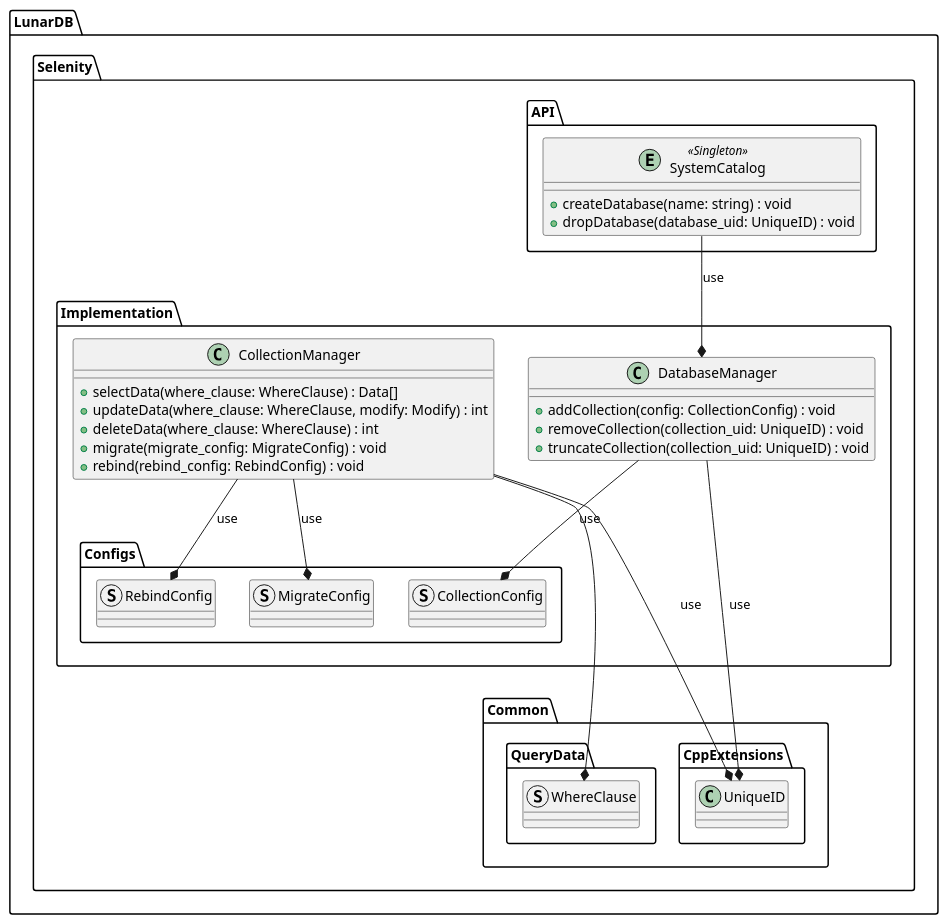
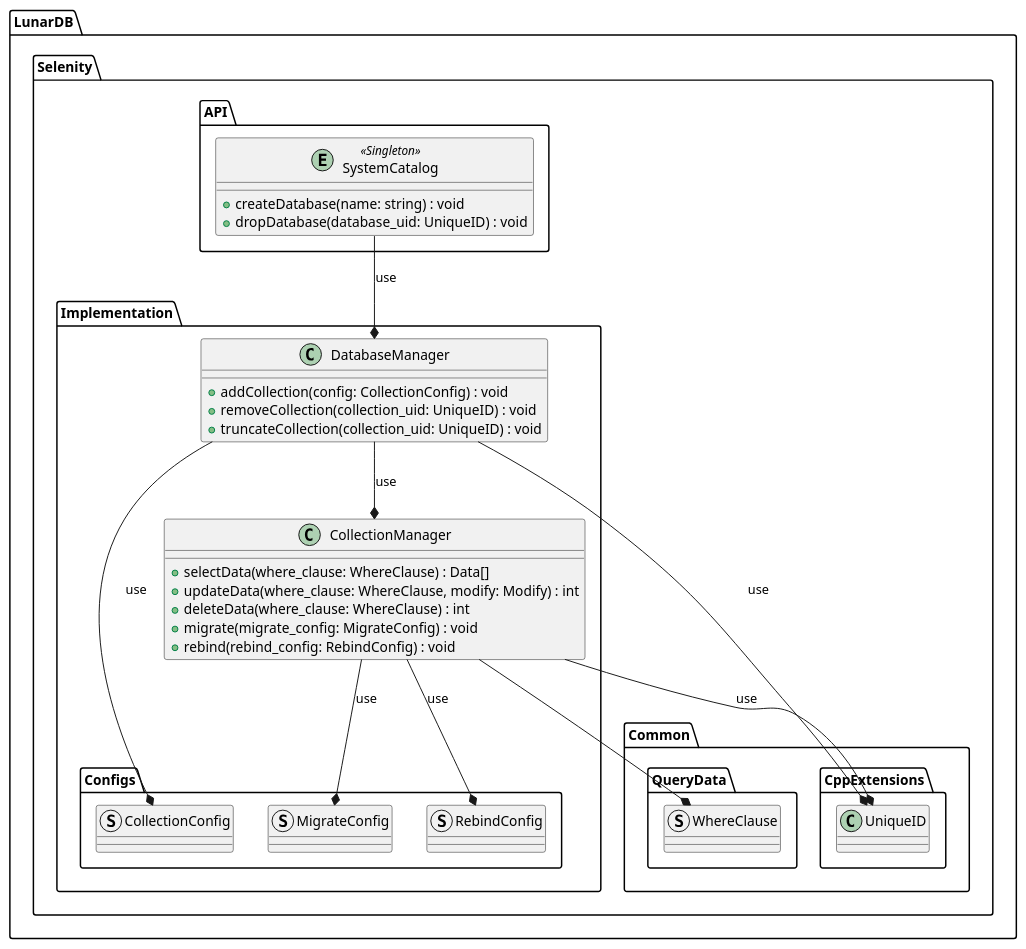
One commit to TheAncientOwl/lunardb changed the diagram in docs/Selenity/Architecture.puml. Above: the diagram before and after it, drawn with PlantUML.

Commit message:
Update Selenity Architecture diagram

```diff
--- a/docs/Selenity/Architecture.puml
+++ b/docs/Selenity/Architecture.puml
@@ -1,66 +1,67 @@
 @startuml Selenity
 
 namespace LunarDB {
 namespace Selenity {
 
 namespace Common {
 
 namespace CppExtensions {
 class UniqueID {}
 }
 
 namespace QueryData {
 struct WhereClause {}
 }
 
 }
 
 namespace Implementation {
 
 namespace Configs {
 
 struct CollectionConfig {}
 struct MigrateConfig {}
 struct RebindConfig {}
 
 }
 
 class DatabaseManager {
     + addCollection(config: CollectionConfig) : void
     + removeCollection(collection_uid: UniqueID) : void
     + truncateCollection(collection_uid: UniqueID) : void
 }
 
 class CollectionManager {
     + selectData(where_clause: WhereClause) : Data[]
     + updateData(where_clause: WhereClause, modify: Modify) : int
     + deleteData(where_clause: WhereClause) : int
     + migrate(migrate_config: MigrateConfig) : void
     + rebind(rebind_config: RebindConfig) : void
 }
 
 }
 
 namespace API {
 
 entity SystemCatalog <<Singleton>> {
     + createDatabase(name: string) : void
     + dropDatabase(database_uid: UniqueID) : void
 }
 
 }
 
 Implementation.DatabaseManager --* Implementation.Configs.CollectionConfig : use
+Implementation.DatabaseManager --* Implementation.CollectionManager : use
 Implementation.DatabaseManager ---* Common.CppExtensions.UniqueID : use
 
 Implementation.CollectionManager --* Implementation.Configs.MigrateConfig : use
 Implementation.CollectionManager --* Implementation.Configs.RebindConfig : use
 Implementation.CollectionManager --* Common.QueryData.WhereClause
 Implementation.CollectionManager -* Common.CppExtensions.UniqueID : use
 
 API.SystemCatalog --* Implementation.DatabaseManager : use
 
 }
 }
 
 @enduml
```
